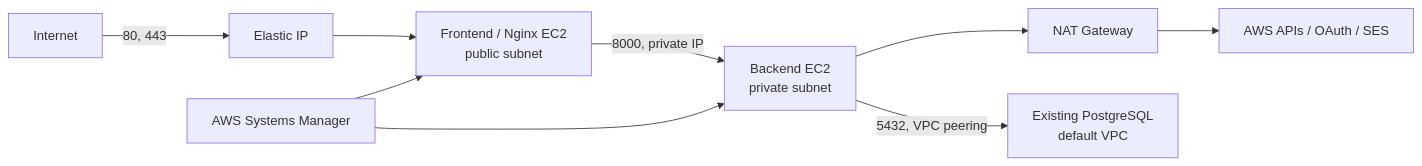
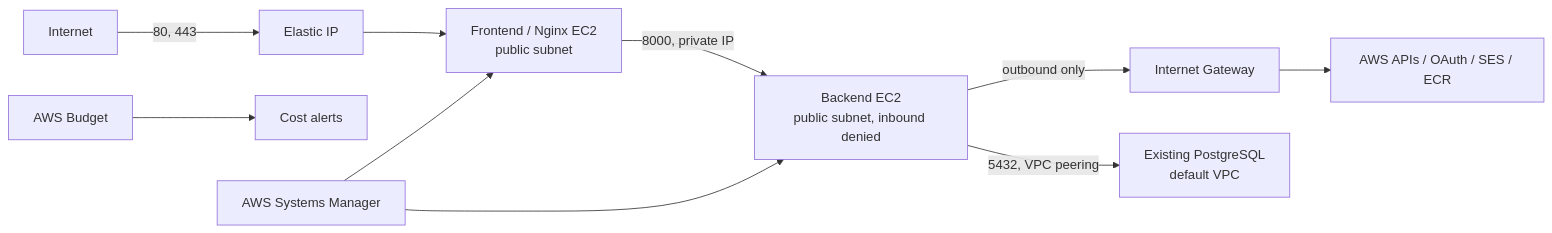
One commit to EugenePetrykeiev/Eclipcity.BoardGame changed the diagram in infrastructure-tf/README.md. Above: the diagram before and after it, drawn with Mermaid. The commit also changed other lines of this file and 19 other files, not shown here.

Commit message:
Optimize dev infrastructure costs and add AWS budget alerts

````diff
--- a/infrastructure-tf/README.md
+++ b/infrastructure-tf/README.md
@@ -9,11 +9,12 @@
 ```mermaid
 flowchart LR
   internet[Internet] -->|80, 443| eip[Elastic IP]
   eip --> frontend[Frontend / Nginx EC2\npublic subnet]
-  frontend -->|8000, private IP| backend[Backend EC2\nprivate subnet]
-  backend --> nat[NAT Gateway]
-  nat --> aws[AWS APIs / OAuth / SES]
+  frontend -->|8000, private IP| backend[Backend EC2\npublic subnet, inbound denied]
+  backend -->|outbound only| igw[Internet Gateway]
+  igw --> aws[AWS APIs / OAuth / SES / ECR]
   backend -->|5432, VPC peering| db[Existing PostgreSQL\ndefault VPC]
+  budget[AWS Budget] --> email[Cost alerts]
   ssm[AWS Systems Manager] --> frontend
   ssm --> backend
 ```
````
